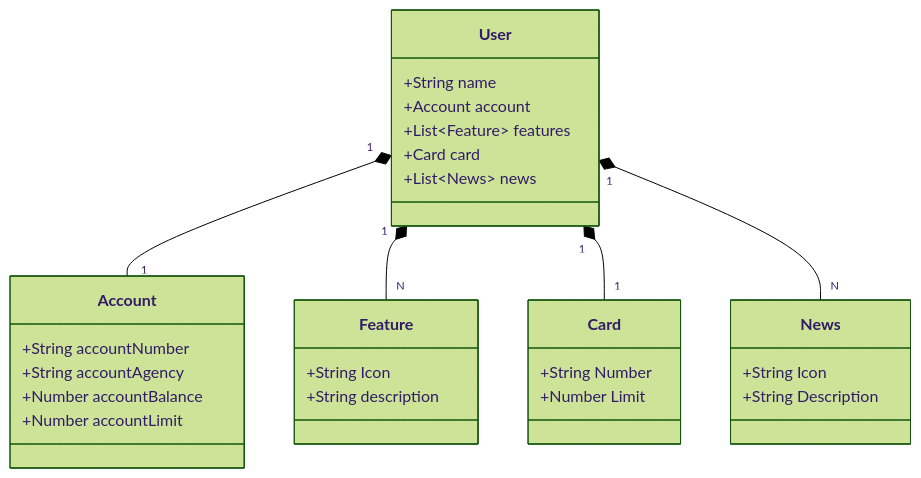
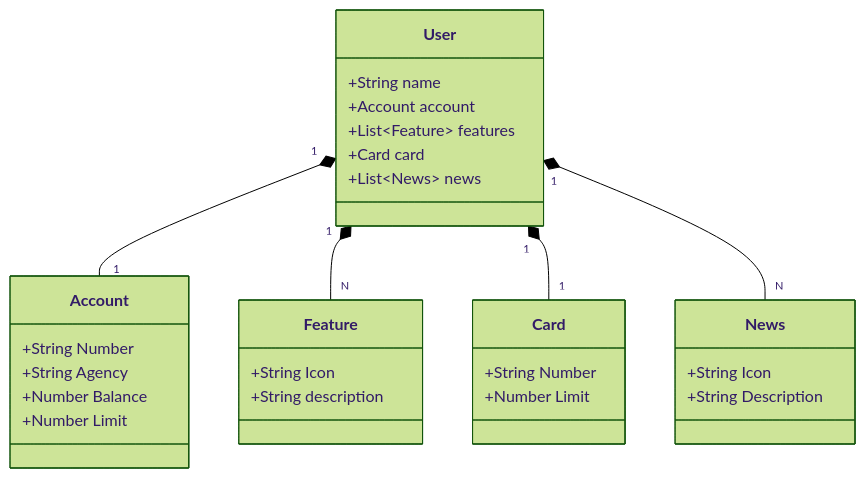
One commit to gVieiraX/Dio-Trilha-java changed the diagram in Spring-Framework/apirest-na-nuvem/README.md. Above: the diagram before and after it, drawn with Mermaid (forest theme).

````diff
--- a/Spring-Framework/apirest-na-nuvem/README.md
+++ b/Spring-Framework/apirest-na-nuvem/README.md
@@ -4,39 +4,39 @@
 ```mermaid
 
  classDiagram
     User "1" *-- "1" Account
     User "1" *-- "N" Feature
     User "1" *-- "1" Card
     User "1" *-- "N" News
 
     class User {
         +String name
         +Account account
         +List~Feature~ features
         +Card card
         +List~News~ news
     }
 
     class Account {
-        +String accountNumber
-        +String accountAgency
-        +Number accountBalance
-        +Number accountLimit
+        +String Number
+        +String Agency
+        +Number Balance
+        +Number Limit
     }
 
     class Feature {
         +String Icon
         +String description
     }
 
     class Card {
         +String Number
         +Number Limit
     }
 
     class News {
         +String Icon
         +String Description
     }
 
 ```
````
